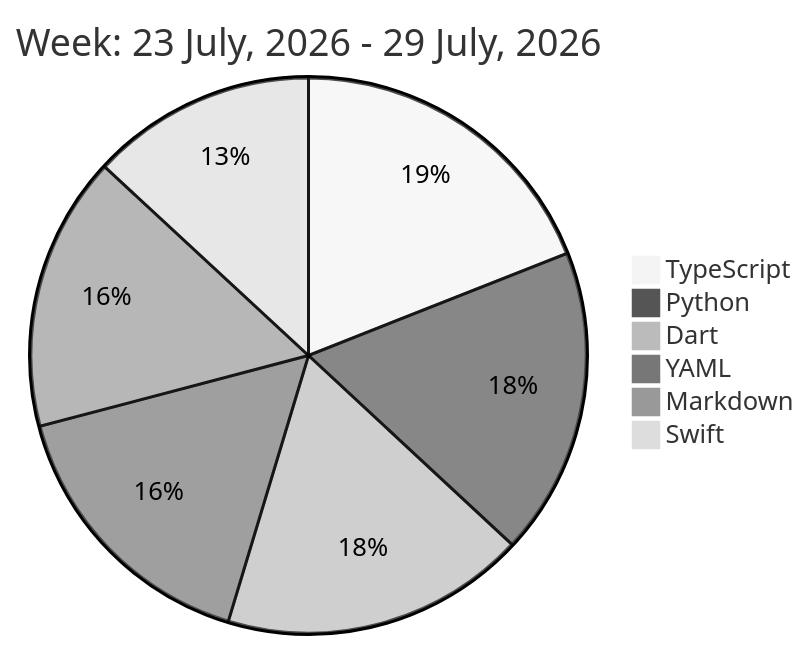
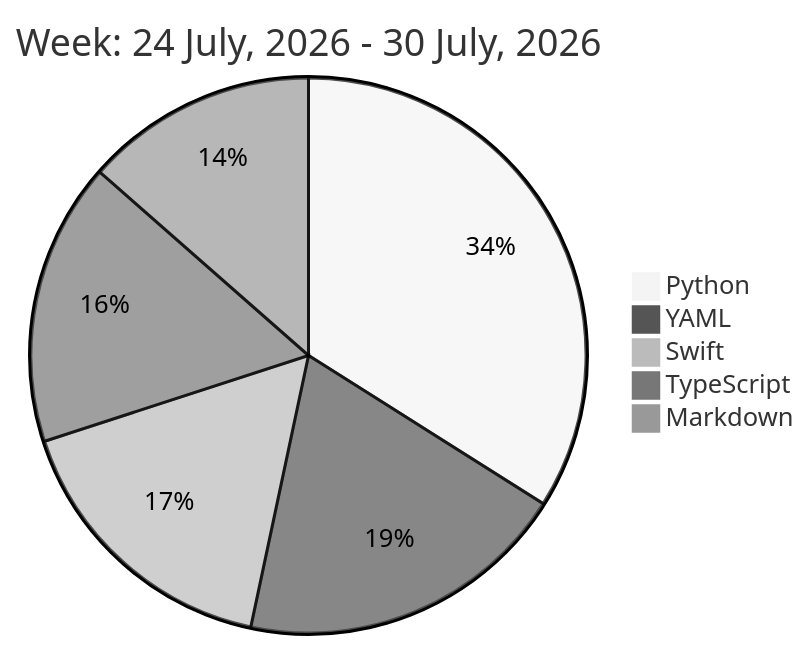
One commit to liubin95/liubin95 changed the diagram in README.md. Above: the diagram before and after it, drawn with Mermaid (neutral theme).

Commit message:
Updated the Graph with new Metrics

````diff
--- a/README.md
+++ b/README.md
@@ -32,10 +32,9 @@
 ```mermaid
  pie
-title Week: 23 July, 2026 - 29 July, 2026
- "TypeScript" : 3.77
- "Python" : 3.55
- "Dart" : 3.52
- "YAML" : 3.22
- "Markdown" : 3.17
- "Swift" : 2.6
+title Week: 24 July, 2026 - 30 July, 2026
+ "Python" : 5.4
+ "YAML" : 3.08
+ "Swift" : 2.65
+ "TypeScript" : 2.62
+ "Markdown" : 2.15
 ```
````
